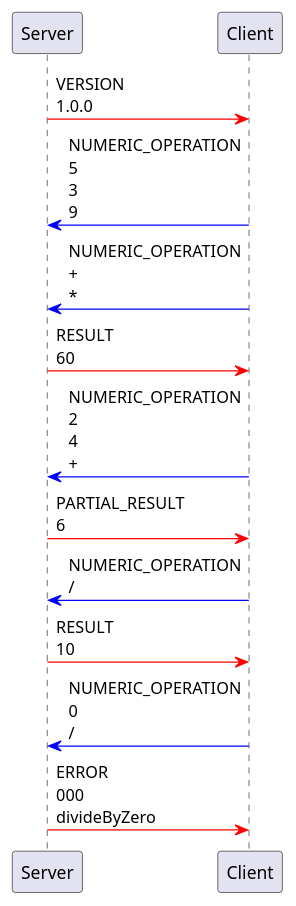
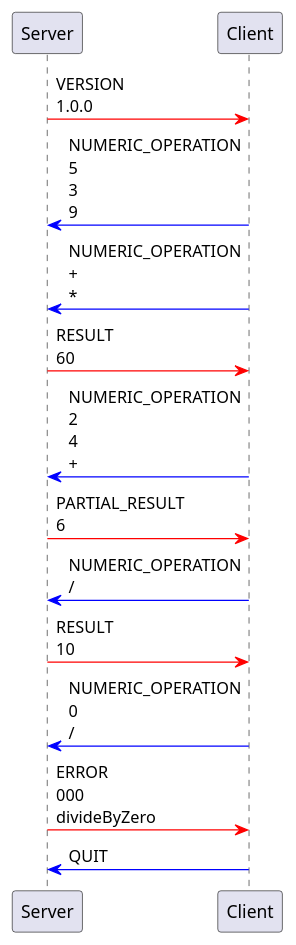
One commit to kjorand/DAI-2022-Protocol-Design-Classe-B changed the second of 2 diagrams in specs/kjorand/protocol.md. Above: the diagram before and after it, drawn with PlantUML. The commit also changed other lines of this file, not shown here.

````diff
--- a/specs/kjorand/protocol.md
+++ b/specs/kjorand/protocol.md
@@ -115,14 +116,15 @@
 ```plantuml
 @startuml
 Server -[#red]> Client : VERSION\n1.0.0
 Client -[#blue]> Server : NUMERIC_OPERATION\n5\n3\n9
 Client -[#blue]> Server : NUMERIC_OPERATION\n+\n*
 Server -[#red]> Client : RESULT\n60
 Client -[#blue]> Server : NUMERIC_OPERATION\n2\n4\n+
 Server -[#red]> Client : PARTIAL_RESULT\n6
 Client -[#blue]> Server : NUMERIC_OPERATION\n/
 Server -[#red]> Client : RESULT\n10
 Client -[#blue]> Server : NUMERIC_OPERATION\n0\n/
 Server -[#red]> Client : ERROR\n000\ndivideByZero
+Client -[#blue]> Server : QUIT
 @enduml
 ```
````
